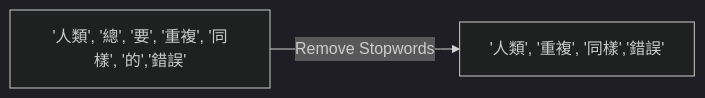
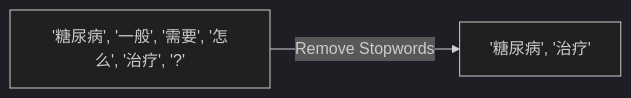
Before and after one commit to BennyWang4000/Medical-Text-Classification: the third of 3 diagrams in README.md, drawn with Mermaid (dark theme). The commit also changed other lines of this file and 14 other files, not shown here.

````diff
--- a/README.md
+++ b/README.md
@@ -223,4 +215,4 @@
 ``` mermaid
 graph LR
-re['人類', '總', '要', '重複', '同樣', '的','錯誤']-->|Remove Stopwords|rmstp['人類', '重複', '同樣','錯誤']  
+re['糖尿病', '一般', '需要', '怎么', '治疗', '?']-->|Remove Stopwords|rmstp['糖尿病', '治疗']  
 ```
````
